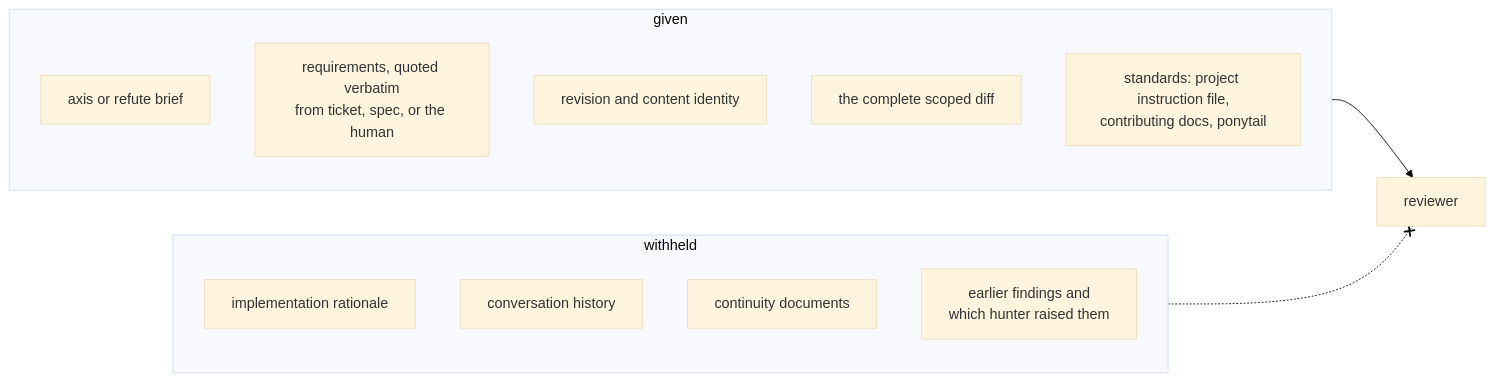
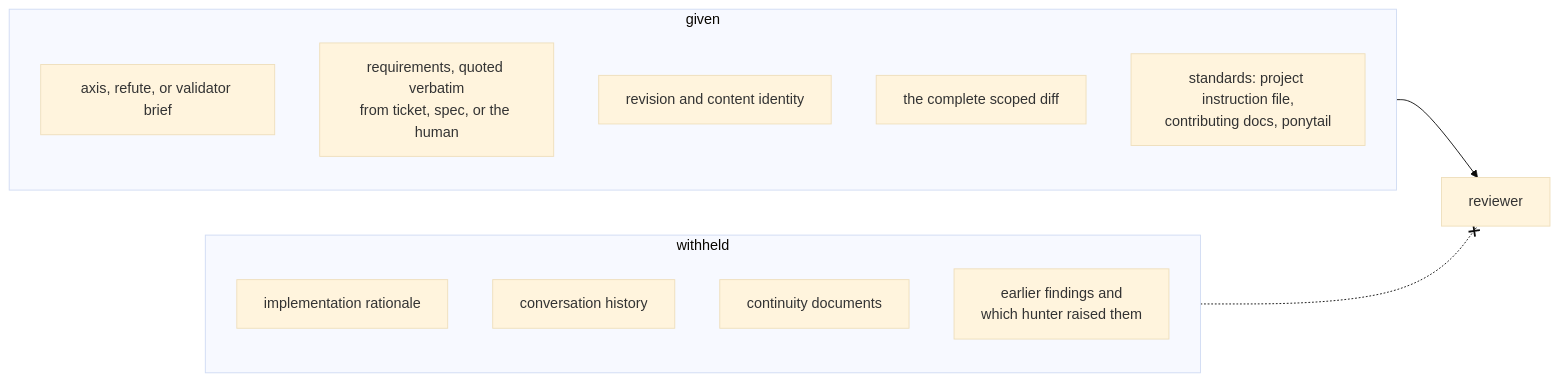
One commit to jvillegasd/harness changed the second of 3 diagrams in docs/subagents.md. Above: the diagram before and after it, drawn with Mermaid (base theme). The commit also changed other lines of this file and 11 other files, not shown here.

````diff
--- a/docs/subagents.md
+++ b/docs/subagents.md
@@ -52,20 +52,20 @@
 ```mermaid
 flowchart LR
     subgraph given["given"]
-        brief["axis or refute brief"]
+        brief["axis, refute, or validator brief"]
         req["requirements, quoted verbatim<br>from ticket, spec, or the human"]
         rev["revision and content identity"]
         diff["the complete scoped diff"]
         std["standards: project instruction file,<br>contributing docs, ponytail"]
     end
 
     subgraph withheld["withheld"]
         why["implementation rationale"]
         hist["conversation history"]
         cont["continuity documents"]
         prior["earlier findings and<br>which hunter raised them"]
     end
 
     given --> reviewer["reviewer"]
     withheld -.-x reviewer
 ```
````
